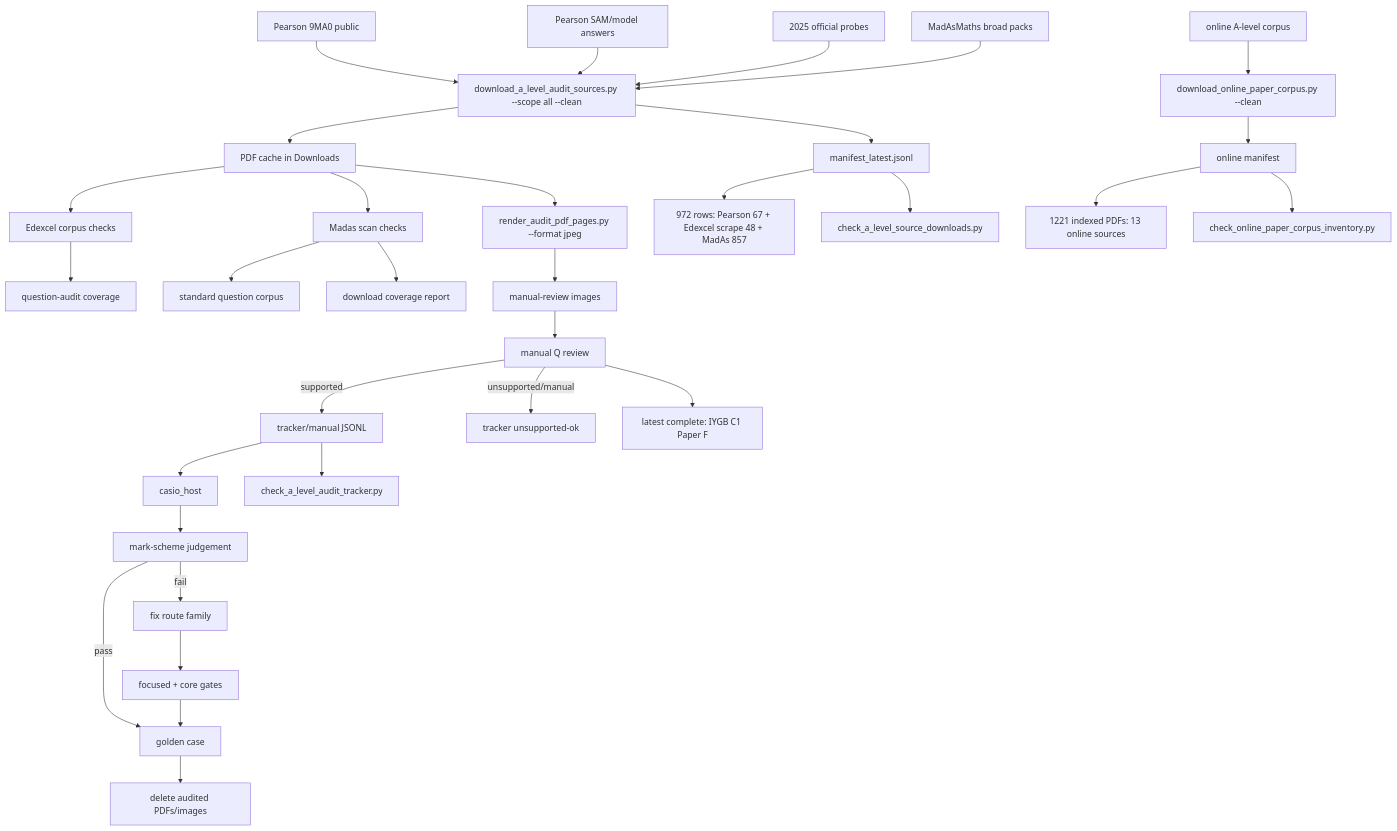
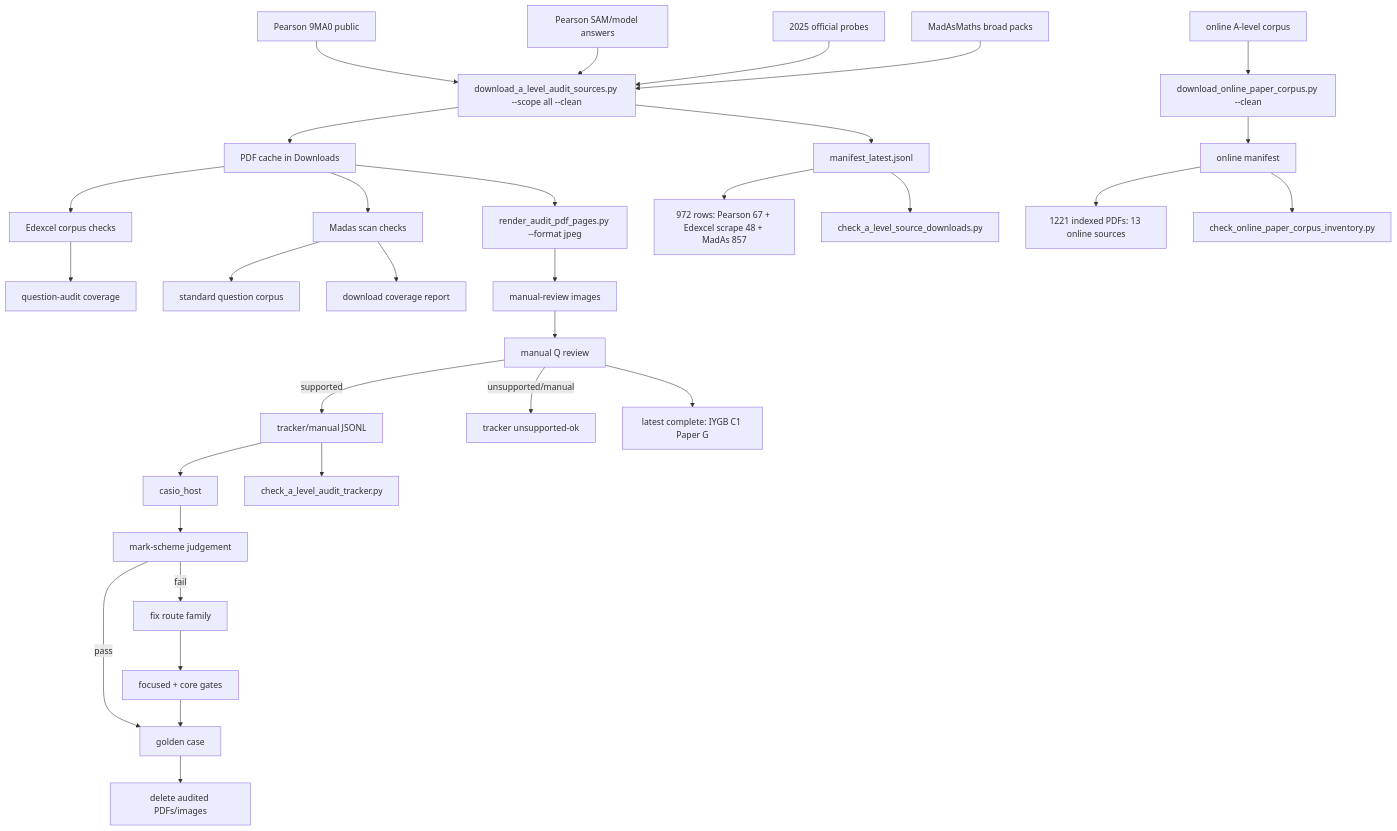
Before and after one commit to james8464/notes-addin-casio-fx-cg50: the diagram in c++/tools/golden/a_level_audit_graph.md, drawn with Mermaid. The commit also changed other lines of this file and 2 other files, not shown here.

Commit message:
Audit IYGB C1 Paper G

````diff
--- a/c++/tools/golden/a_level_audit_graph.md
+++ b/c++/tools/golden/a_level_audit_graph.md
@@ -3,34 +3,34 @@
 ```mermaid
 graph TD
   E1["Pearson 9MA0 public"] --> D["download_a_level_audit_sources.py --scope all --clean"]
   E2["Pearson SAM/model answers"] --> D
   E3["2025 official probes"] --> D
   M1["MadAsMaths broad packs"] --> D
   O1["online A-level corpus"] --> OD["download_online_paper_corpus.py --clean"]
   D --> P["PDF cache in Downloads"]
   D --> X["manifest_latest.jsonl"]
   OD --> OX["online manifest"]
   X --> XC["972 rows: Pearson 67 + Edexcel scrape 48 + MadAs 857"]
   OX --> OC["1221 indexed PDFs: 13 online sources"]
   X --> V["check_a_level_source_downloads.py"]
   OX --> OV["check_online_paper_corpus_inventory.py"]
   P --> E["Edexcel corpus checks"]
   E --> EQ["question-audit coverage"]
   P --> S["Madas scan checks"]
   S --> M["standard question corpus"]
   S --> MC["download coverage report"]
   P --> R["render_audit_pdf_pages.py --format jpeg"]
   R --> I["manual-review images"]
   I --> Q["manual Q review"]
   Q -->|supported| J["tracker/manual JSONL"]
   Q -->|unsupported/manual| U["tracker unsupported-ok"]
   J --> H["casio_host"]
   J --> K["check_a_level_audit_tracker.py"]
   H --> C["mark-scheme judgement"]
   C -->|pass| G["golden case"]
   C -->|fail| F["fix route family"]
   F --> T["focused + core gates"]
   T --> G
   G --> Z["delete audited PDFs/images"]
-  Q --> Qt["latest complete: IYGB C1 Paper F"]
+  Q --> Qt["latest complete: IYGB C1 Paper G"]
 ```
````
